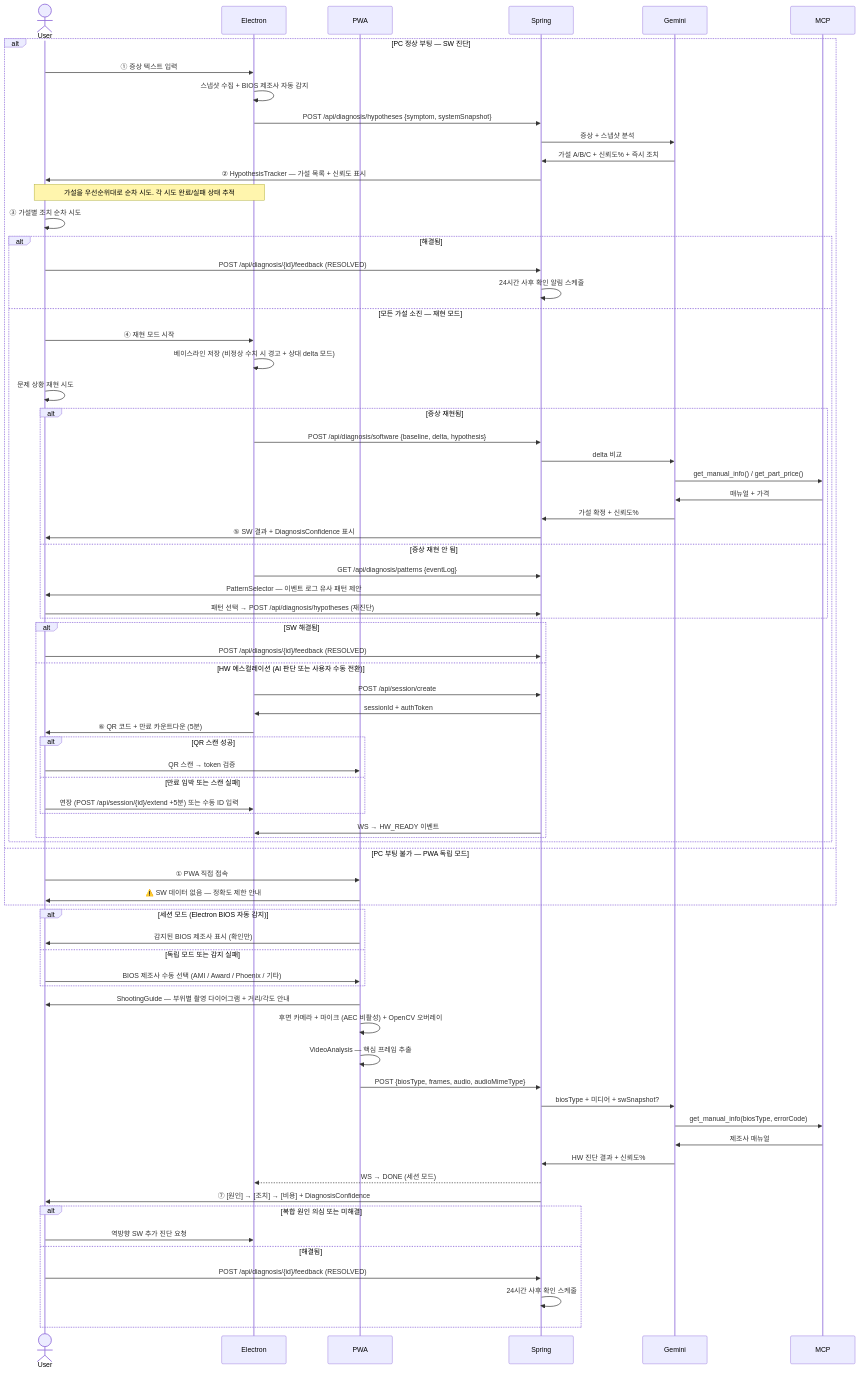
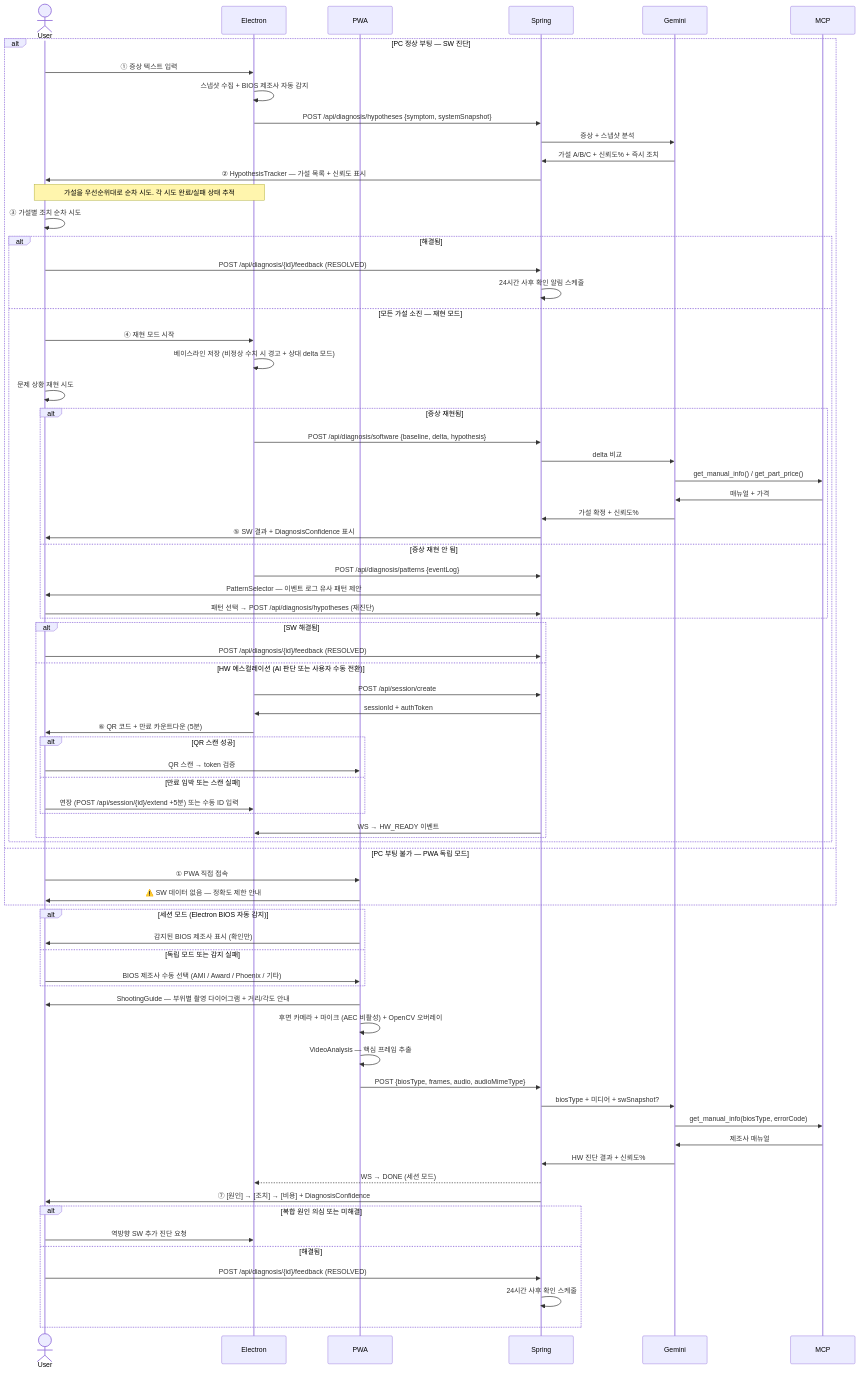
Before and after one commit to enderpawar/CS-NextDoor: the diagram in .claude/rules/workflow.md, drawn with Mermaid. The commit also changed 11 other files, not shown here.

```diff
--- a/.claude/rules/workflow.md
+++ b/.claude/rules/workflow.md
@@ -38,7 +38,7 @@
                 Gemini->>Spring: 가설 확정 + 신뢰도%
                 Spring->>User: ⑤ SW 결과 + DiagnosisConfidence 표시
             else 증상 재현 안 됨
-                Electron->>Spring: GET /api/diagnosis/patterns {eventLog}
+                Electron->>Spring: POST /api/diagnosis/patterns {eventLog}
                 Spring->>User: PatternSelector — 이벤트 로그 유사 패턴 제안
                 User->>Spring: 패턴 선택 → POST /api/diagnosis/hypotheses (재진단)
             end
```
